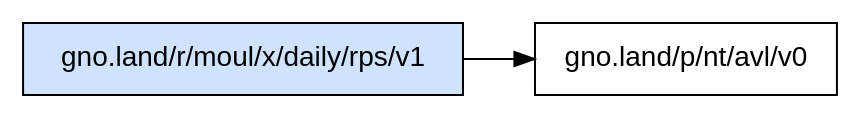
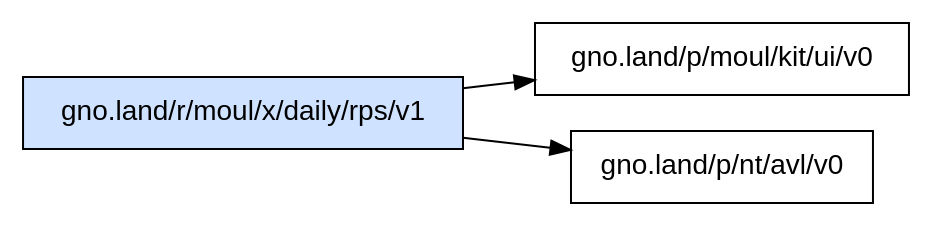
One commit to moul/gno-contracts changed the diagram in _assets/gno.land/r/moul/x/daily/rps/v1/deps.dot. Above: the diagram before and after it, drawn with Graphviz. The commit also changed 91 other files, not shown here.

Commit message:
chore: regenerate catalog, graphs and on-chain status [skip ci]

```diff
--- a/_assets/gno.land/r/moul/x/daily/rps/v1/deps.dot
+++ b/_assets/gno.land/r/moul/x/daily/rps/v1/deps.dot
@@ -1,6 +1,7 @@
 digraph deps {
   rankdir=LR;
   node [shape=box, fontname="sans-serif"];
   "gno.land/r/moul/x/daily/rps/v1" [style=filled, fillcolor="#cfe2ff"];
+  "gno.land/r/moul/x/daily/rps/v1" -> "gno.land/p/moul/kit/ui/v0";
   "gno.land/r/moul/x/daily/rps/v1" -> "gno.land/p/nt/avl/v0";
 }
```
